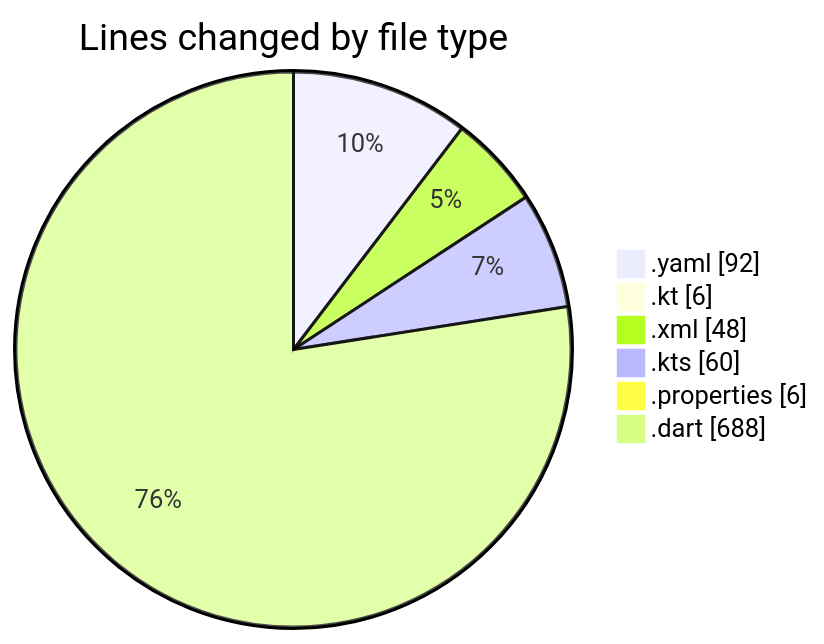
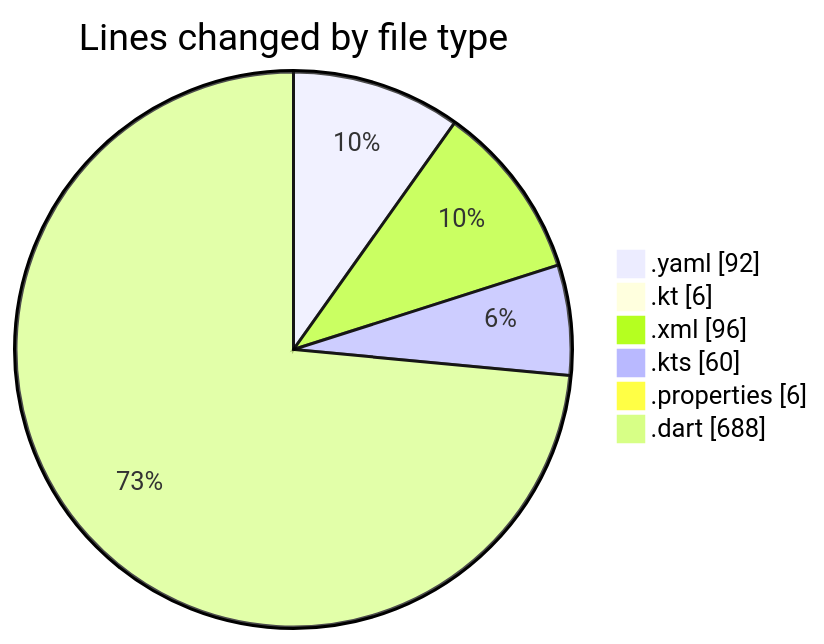
The first of 2 diagrams in 2025-02-19/uber_clone/README.md (donsfak/code-tracking), drawn with Mermaid before and after one commit. The commit also changed other lines of this file and 1 other file, not shown here.

````diff
--- a/2025-02-19/uber_clone/README.md
+++ b/2025-02-19/uber_clone/README.md
@@ -28,10 +28,10 @@
 ```mermaid
 pie showData
 title Lines changed by file type
 ".yaml" : 92
 ".kt" : 6
-".xml" : 48
+".xml" : 96
 ".kts" : 60
 ".properties" : 6
 ".dart" : 688
 ```
````
